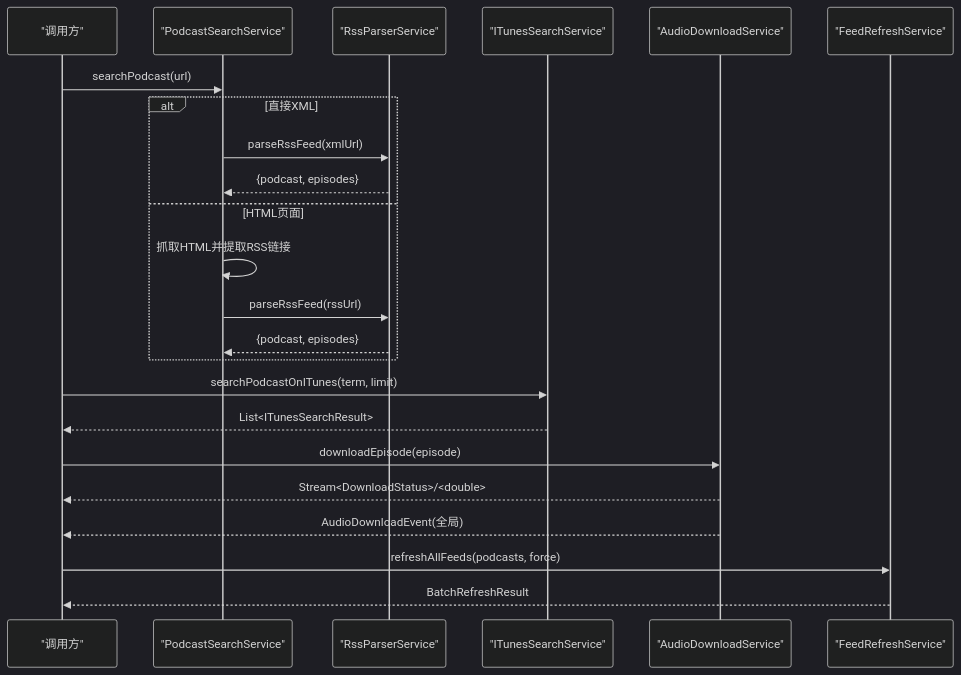
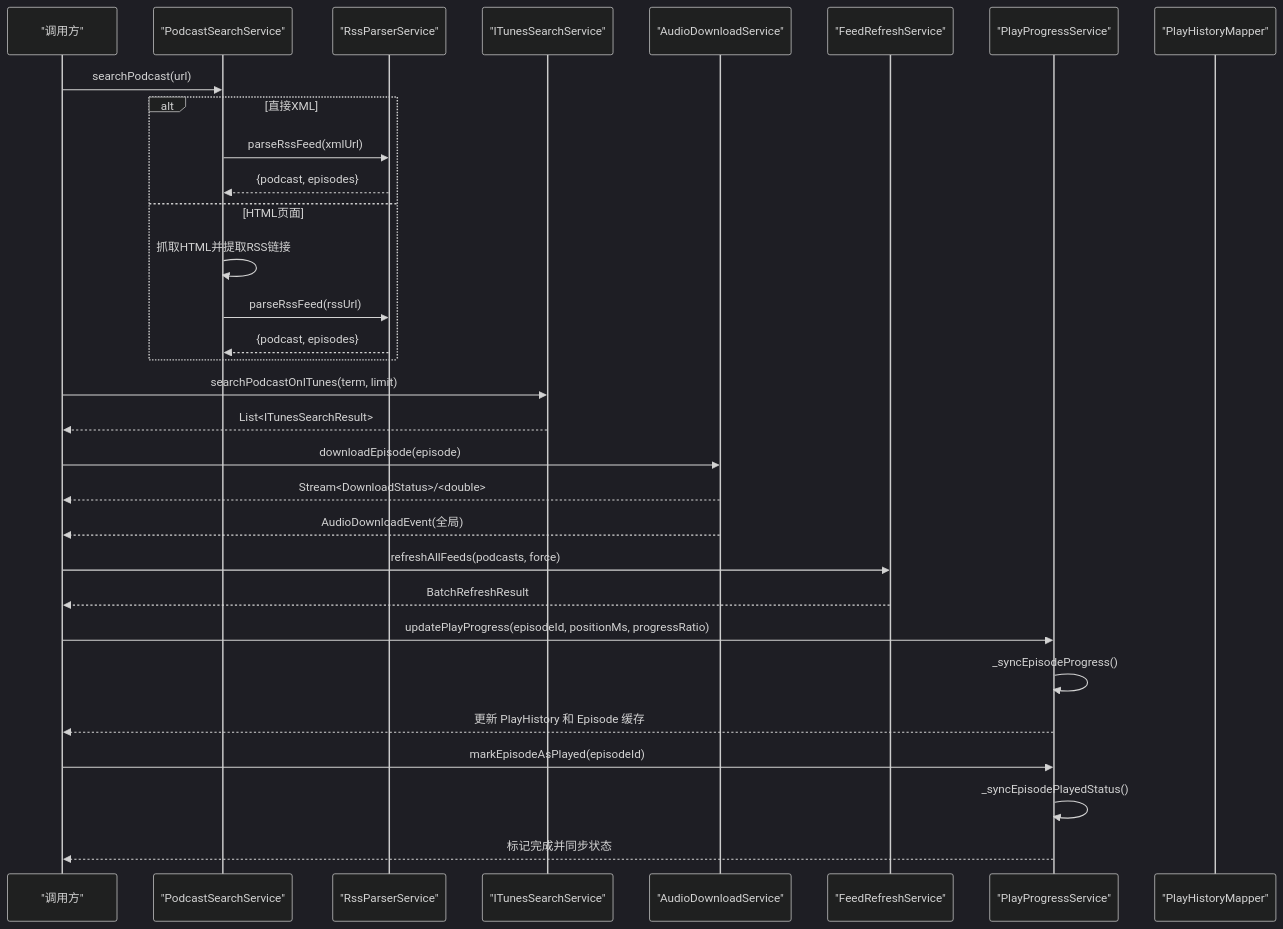
The second of 10 diagrams in .qoder/repowiki/zh/content/API 参考/数据服务 API.md (ZTfer/Tinycast), drawn with Mermaid (dark theme) before and after one commit. The commit also changed other lines of this file and 187 other files, not shown here.

````diff
--- a/.qoder/repowiki/zh/content/API 参考/数据服务 API.md
+++ b/.qoder/repowiki/zh/content/API 参考/数据服务 API.md
@@ -156,25 +183,33 @@
 ```mermaid
 sequenceDiagram
 participant UI as "调用方"
 participant PSS as "PodcastSearchService"
 participant RPS as "RssParserService"
 participant ITS as "ITunesSearchService"
 participant ADS as "AudioDownloadService"
 participant FRS as "FeedRefreshService"
+participant PHS as "PlayProgressService"
+participant PHM as "PlayHistoryMapper"
 UI->>PSS : searchPodcast(url)
 alt 直接XML
 PSS->>RPS : parseRssFeed(xmlUrl)
 RPS-->>PSS : {podcast, episodes}
 else HTML页面
 PSS->>PSS : 抓取HTML并提取RSS链接
 PSS->>RPS : parseRssFeed(rssUrl)
 RPS-->>PSS : {podcast, episodes}
 end
 UI->>ITS : searchPodcastOnITunes(term, limit)
 ITS-->>UI : List<ITunesSearchResult>
 UI->>ADS : downloadEpisode(episode)
 ADS-->>UI : Stream<DownloadStatus>/<double>
 ADS-->>UI : AudioDownloadEvent(全局)
 UI->>FRS : refreshAllFeeds(podcasts, force)
 FRS-->>UI : BatchRefreshResult
+UI->>PHS : updatePlayProgress(episodeId, positionMs, progressRatio)
+PHS->>PHS : _syncEpisodeProgress()
+PHS-->>UI : 更新 PlayHistory 和 Episode 缓存
+UI->>PHS : markEpisodeAsPlayed(episodeId)
+PHS->>PHS : _syncEpisodePlayedStatus()
+PHS-->>UI : 标记完成并同步状态
 ```
````
